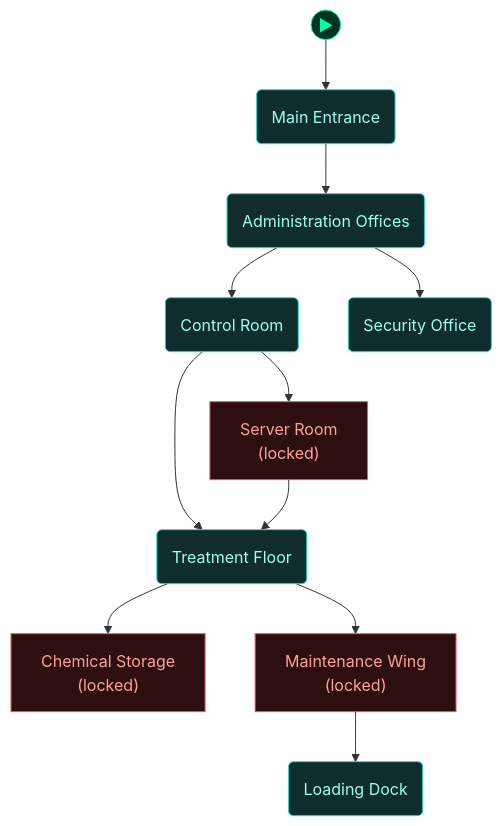
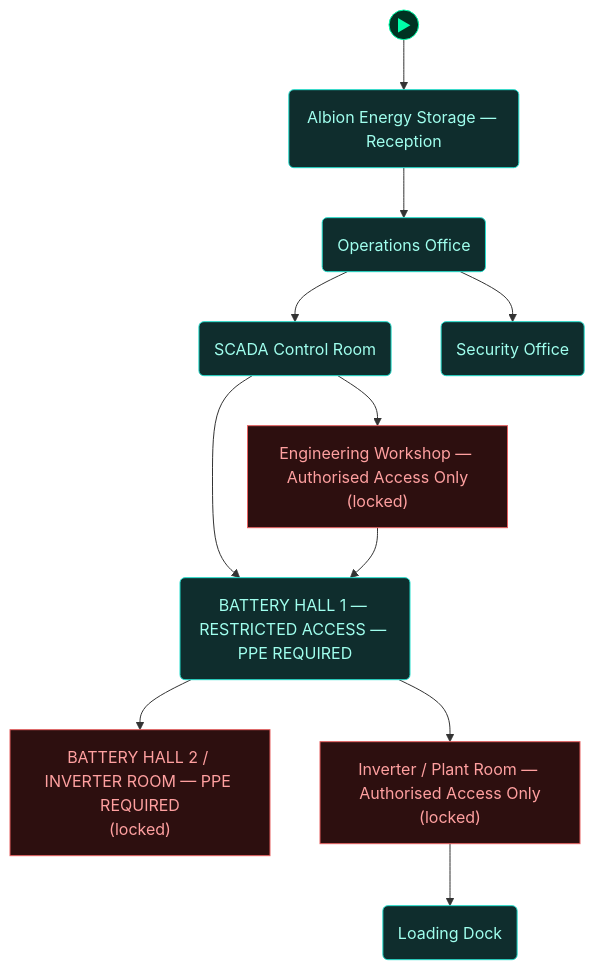
Before and after one commit to cliffe/BreakEscapeGame: the fourth of 5 diagrams in scenarios/m04_critical_failure/dungeon_graph.md, drawn with Mermaid. The commit also changed other lines of this file and 25 other files, not shown here.

````diff
--- a/scenarios/m04_critical_failure/dungeon_graph.md
+++ b/scenarios/m04_critical_failure/dungeon_graph.md
@@ -229,45 +305,45 @@
 ```mermaid
 flowchart TD
 
   classDef room      fill:#0f2d2d,stroke:#22ddcc,color:#a0ffee
   classDef lock      fill:#2d0f0f,stroke:#e66060,color:#ffa0a0
   classDef key       fill:#2d0812,stroke:#e66060,color:#ffa0a0
   classDef item      fill:#2d1200,stroke:#e89030,color:#ffcc80
   classDef gate      fill:#111,stroke:#666,color:#eee
   classDef vm        fill:#0c1f40,stroke:#4a90d9,color:#a0c8ff
   classDef flag      fill:#1a0c2d,stroke:#9060d0,color:#cc99ff
   classDef action    fill:#1a1200,stroke:#cc9922,color:#ffee88
   classDef aim       fill:#0d2a0d,stroke:#44cc44,color:#88ff88
   classDef aim_gate  fill:#111111,stroke:#44cc44,color:#44cc44
   classDef container fill:#1a2d1a,stroke:#60b060,color:#a0e0a0
   classDef npc       fill:#2d1f0d,stroke:#d0a050,color:#ffe0a0
   classDef critical  fill:#2a1500,stroke:#ffaa00,color:#ffdd88
   classDef start     fill:#003322,stroke:#00ffaa,color:#00ffaa
 
   node_start(("▶"))
   node_start --> main_entrance
 
-  main_entrance("Main Entrance")
-  administration_offices("Administration Offices")
-  control_room("Control Room")
-  server_room["Server Room<br/>(locked)"]
+  main_entrance("Albion Energy Storage — Reception")
+  operations_office("Operations Office")
+  scada_control_room("SCADA Control Room")
+  engineering_workshop["Engineering Workshop — Authorised Access Only<br/>(locked)"]
   security_office("Security Office")
-  treatment_floor("Treatment Floor")
-  chemical_storage["Chemical Storage<br/>(locked)"]
-  maintenance_wing["Maintenance Wing<br/>(locked)"]
+  battery_hall_1("BATTERY HALL 1 — RESTRICTED ACCESS — PPE REQUIRED")
+  battery_hall_2["BATTERY HALL 2 / INVERTER ROOM — PPE REQUIRED<br/>(locked)"]
+  plant_room["Inverter / Plant Room — Authorised Access Only<br/>(locked)"]
   loading_dock("Loading Dock")
 
-  main_entrance --> administration_offices
-  administration_offices --> control_room
-  administration_offices --> security_office
-  control_room --> server_room
-  control_room --> treatment_floor
-  server_room --> treatment_floor
-  treatment_floor --> chemical_storage
-  treatment_floor --> maintenance_wing
-  maintenance_wing --> loading_dock
+  main_entrance --> operations_office
+  operations_office --> scada_control_room
+  operations_office --> security_office
+  scada_control_room --> engineering_workshop
+  scada_control_room --> battery_hall_1
+  engineering_workshop --> battery_hall_1
+  battery_hall_1 --> battery_hall_2
+  battery_hall_1 --> plant_room
+  plant_room --> loading_dock
 
-  class main_entrance,administration_offices,control_room,security_office,treatment_floor,loading_dock room
-  class server_room,chemical_storage,maintenance_wing lock
+  class main_entrance,operations_office,scada_control_room,security_office,battery_hall_1,loading_dock room
+  class engineering_workshop,battery_hall_2,plant_room lock
   class node_start start
 ```
````
